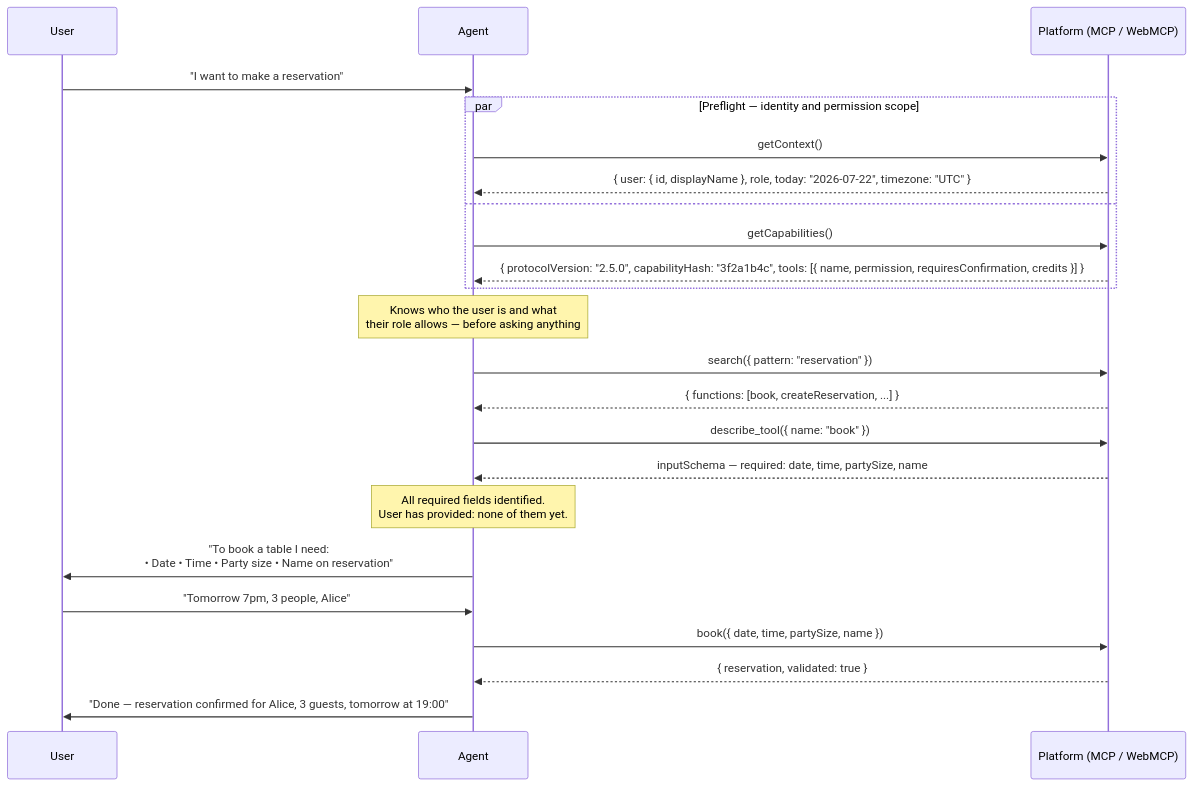
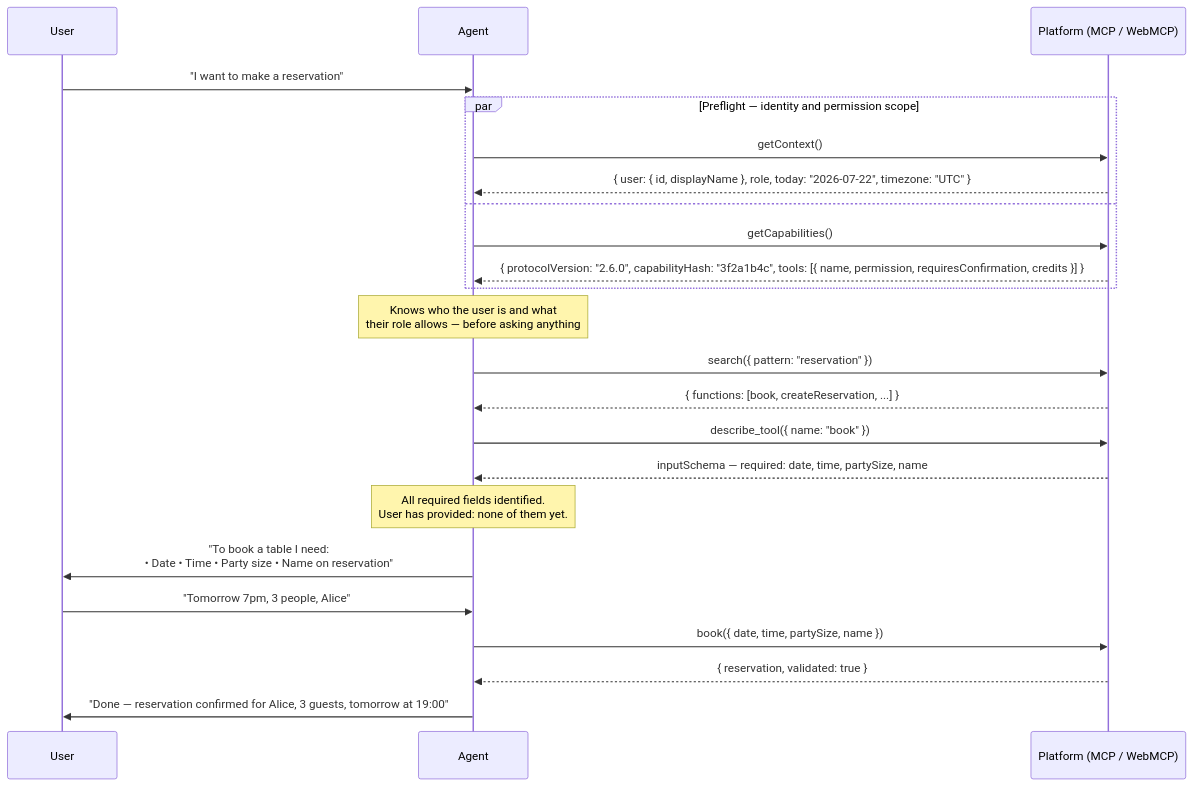
The third of 4 diagrams in docs/protocol.md (eliadco5/NavWebmcp), drawn with Mermaid before and after one commit. The commit also changed other lines of this file and 36 other files, not shown here.

````diff
--- a/docs/protocol.md
+++ b/docs/protocol.md
@@ -136,35 +136,35 @@
 ```mermaid
 sequenceDiagram
     participant User
     participant Agent
     participant Platform as Platform (MCP / WebMCP)
 
     User->>Agent: "I want to make a reservation"
 
     par Preflight — identity and permission scope
         Agent->>Platform: getContext()
         Platform-->>Agent: { user: { id, displayName }, role, today: "2026-07-22", timezone: "UTC" }
     and
         Agent->>Platform: getCapabilities()
-        Platform-->>Agent: { protocolVersion: "2.5.0", capabilityHash: "3f2a1b4c", tools: [{ name, permission, requiresConfirmation, credits }] }
+        Platform-->>Agent: { protocolVersion: "2.6.0", capabilityHash: "3f2a1b4c", tools: [{ name, permission, requiresConfirmation, credits }] }
     end
 
     Note over Agent: Knows who the user is and what<br/>their role allows — before asking anything
 
     Agent->>Platform: search({ pattern: "reservation" })
     Platform-->>Agent: { functions: [book, createReservation, ...] }
 
     Agent->>Platform: describe_tool({ name: "book" })
     Platform-->>Agent: inputSchema — required: date, time, partySize, name
 
     Note over Agent: All required fields identified.<br/>User has provided: none of them yet.
 
     Agent->>User: "To book a table I need:<br/>• Date  • Time  • Party size  • Name on reservation"
 
     User->>Agent: "Tomorrow 7pm, 3 people, Alice"
 
     Agent->>Platform: book({ date, time, partySize, name })
     Platform-->>Agent: { reservation, validated: true }
 
     Agent->>User: "Done — reservation confirmed for Alice, 3 guests, tomorrow at 19:00"
 ```
````
